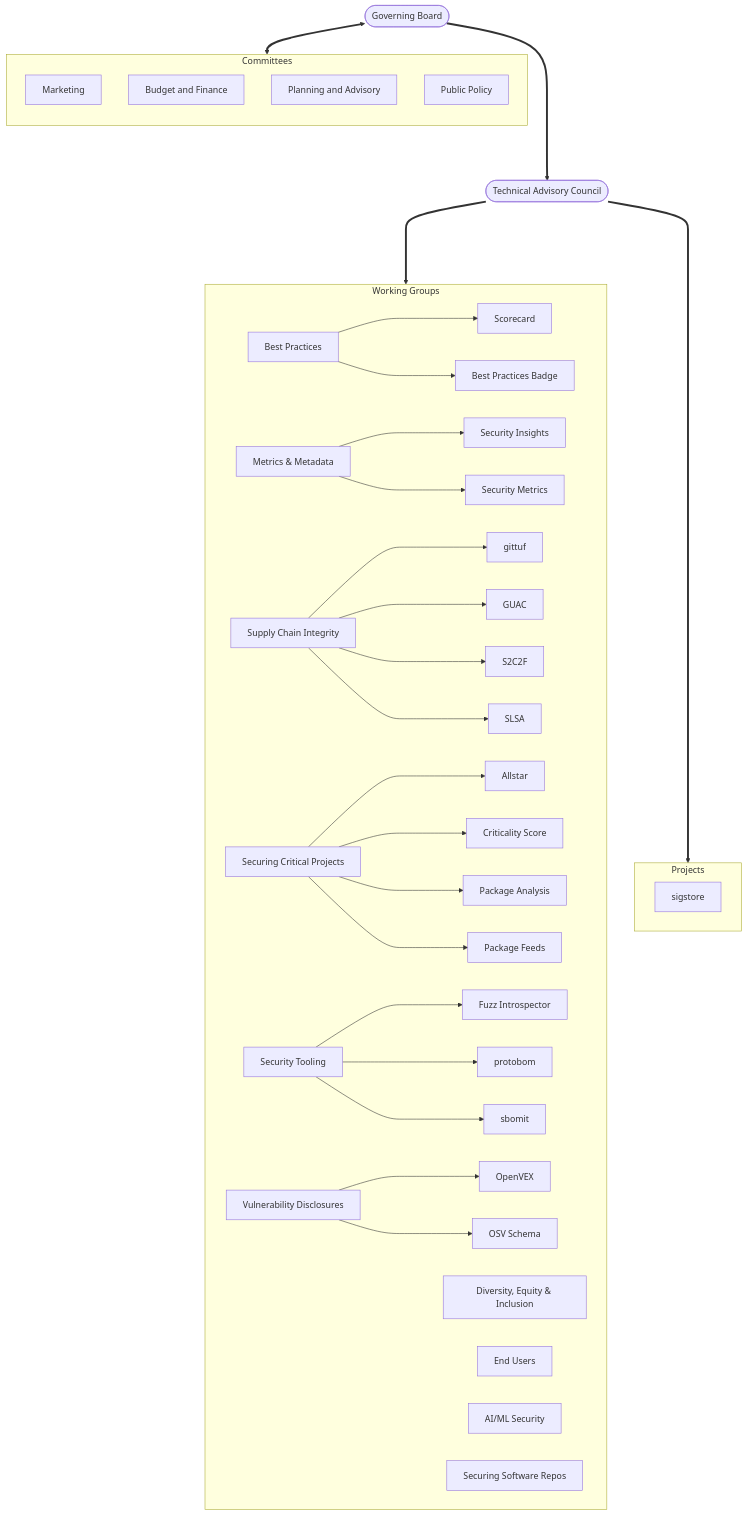
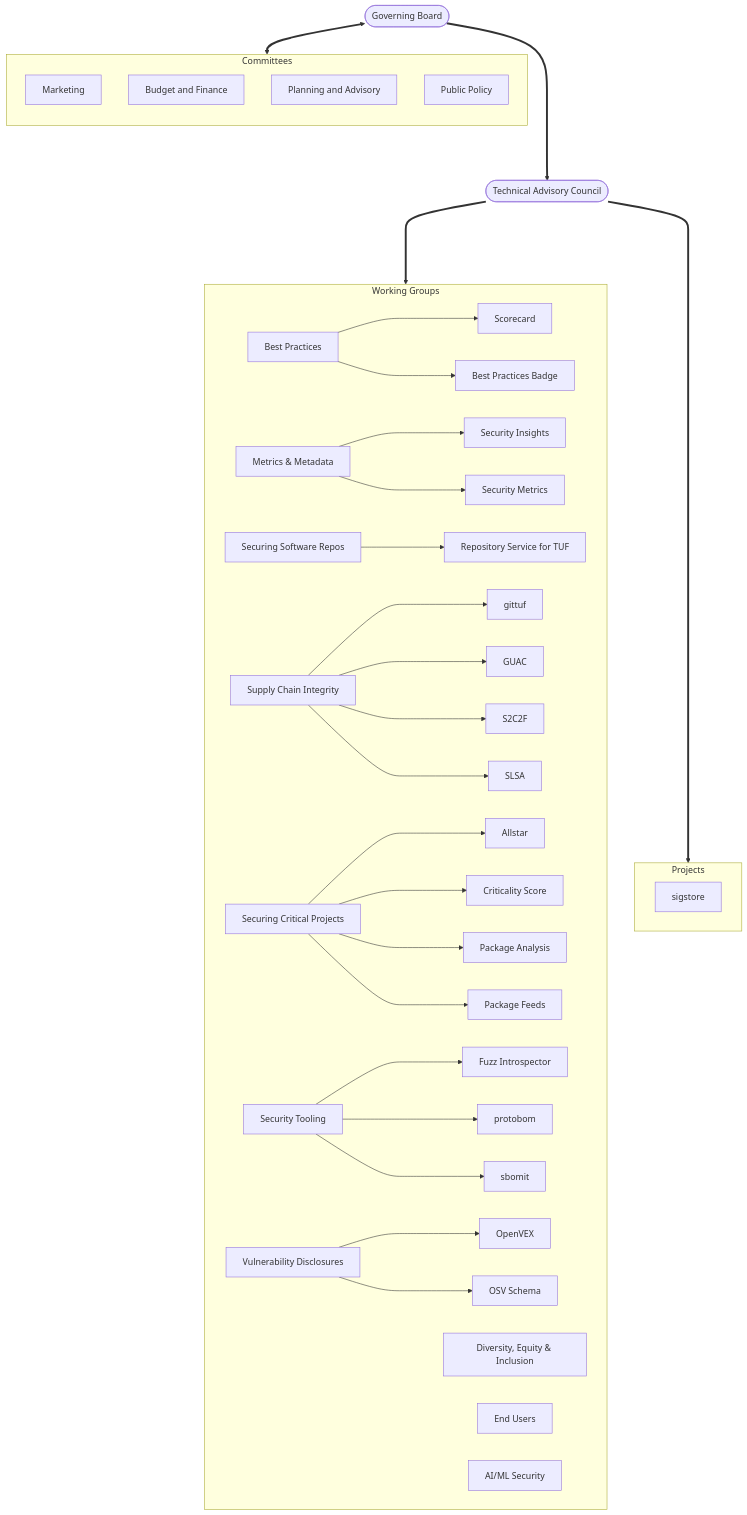
One commit to ossf/tac changed the diagram in organizational-structure-overview.md. Above: the diagram before and after it, drawn with Mermaid.

Commit message:
Update organizational-structure-overview.md
Missed RSTUF

````diff
--- a/organizational-structure-overview.md
+++ b/organizational-structure-overview.md
@@ -51,51 +51,52 @@
 ```mermaid
 flowchart TB
     A([Governing Board])
 
     subgraph subC[Committees]
         direction TB
         Market[Marketing]
         Budget[Budget and Finance]
         Plan[Planning and Advisory]
         Policy[Public Policy]
     end
     A <==> subC
     A ====> B([Technical Advisory Council])
 
     subgraph subWG[Working Groups]
         BP[Best Practices]
         DEI[Diversity, Equity & Inclusion]
         EU[End Users]
         ML[AI/ML Security] 
         MM[Metrics & Metadata]
         REP[Securing Software Repos]
         SCI[Supply Chain Integrity]
         SCP[Securing Critical Projects]
         ST[Security Tooling]
         VD[Vulnerability Disclosures]
 
         BP ---> Scorecard[Scorecard]
         BP ---> BestPracticesBadge[Best Practices Badge]
         MM ---> SecurityInsights[Security Insights]
         MM ---> SecurityMetrics[Security Metrics]
+        REP ---> Rstuf[Repository Service for TUF]
         SCI ---> Gittuf[gittuf]
         SCI ---> GUAC[GUAC]
         SCI ---> S2C2F[S2C2F]
         SCI ---> SLSA[SLSA]
         SCP ---> Allstar[Allstar]
         SCP ---> CriticalityScore[Criticality Score]
         SCP ---> PackageAnalysis[Package Analysis]
         SCP ---> PackageFeeds[Package Feeds]
         ST ---> FuzzIntrospector[Fuzz Introspector]
         ST ---> Protobom[protobom]
         ST ---> Sbomit[sbomit]
         VD ---> OpenVEX[OpenVEX]
         VD ---> OSV[OSV Schema]
     end
     B ====> subWG
 
     subgraph projects[Projects]
        SS[sigstore]
     end
     B ====> projects
 ```
````
